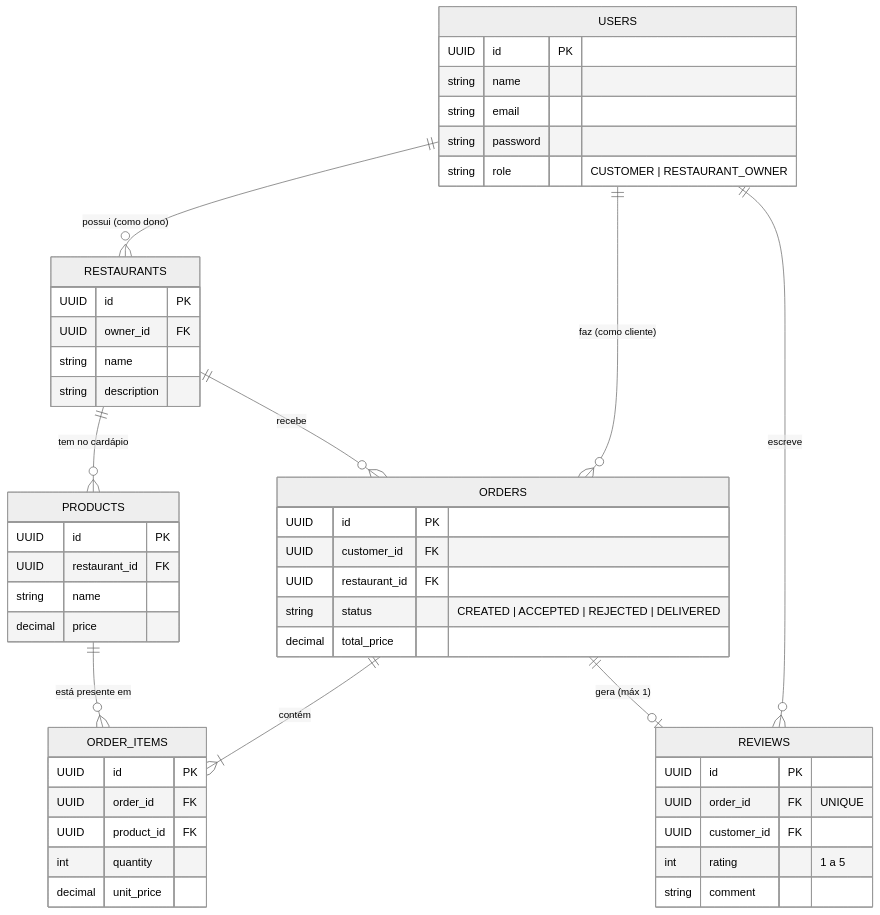
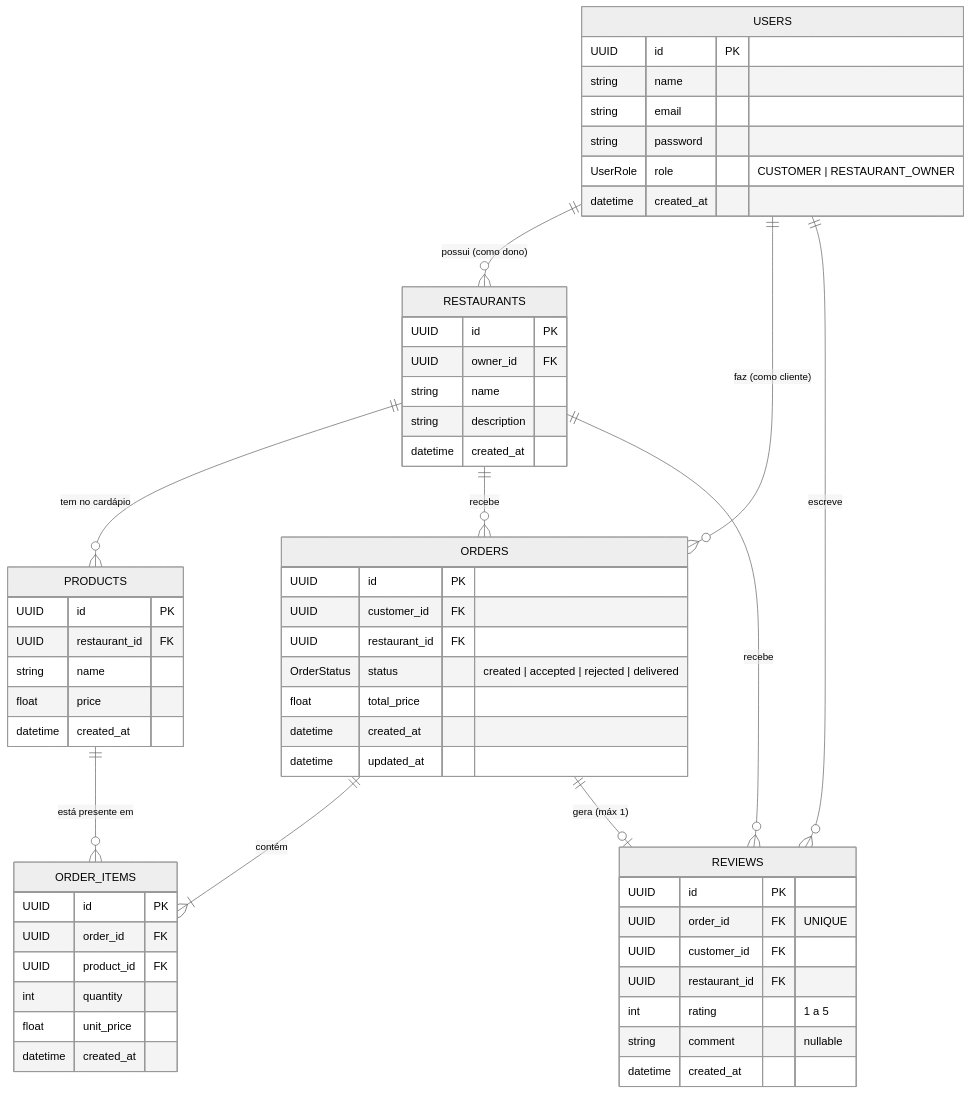
One commit to uallace-macedo/dev-playbook changed the diagram in .docs/domain-models.md. Above: the diagram before and after it, drawn with Mermaid (neutral theme). The commit also changed other lines of this file, not shown here.

Commit message:
docs(models): update models view

````diff
--- a/.docs/domain-models.md
+++ b/.docs/domain-models.md
@@ -1,60 +3,69 @@
 ```mermaid
 erDiagram
   USERS ||--o{ RESTAURANTS : "possui (como dono)"
   USERS ||--o{ ORDERS : "faz (como cliente)"
   USERS ||--o{ REVIEWS : "escreve"
   
   RESTAURANTS ||--o{ PRODUCTS : "tem no cardápio"
   RESTAURANTS ||--o{ ORDERS : "recebe"
+  RESTAURANTS ||--o{ REVIEWS : "recebe"
   
   ORDERS ||--|{ ORDER_ITEMS : "contém"
   PRODUCTS ||--o{ ORDER_ITEMS : "está presente em"
   
   ORDERS ||--o| REVIEWS : "gera (máx 1)"
 
   USERS {
     UUID id PK
     string name
     string email
     string password
-    string role "CUSTOMER | RESTAURANT_OWNER"
+    UserRole role "CUSTOMER | RESTAURANT_OWNER"
+    datetime created_at
   }
 
   RESTAURANTS {
     UUID id PK
     UUID owner_id FK
     string name
     string description
+    datetime created_at
   }
 
   PRODUCTS {
     UUID id PK
     UUID restaurant_id FK
     string name
-    decimal price
+    float price
+    datetime created_at
   }
 
   ORDERS {
     UUID id PK
     UUID customer_id FK
     UUID restaurant_id FK
-    string status "CREATED | ACCEPTED | REJECTED | DELIVERED"
-    decimal total_price
+    OrderStatus status "created | accepted | rejected | delivered"
+    float total_price
+    datetime created_at
+    datetime updated_at
   }
 
   ORDER_ITEMS {
     UUID id PK
     UUID order_id FK
     UUID product_id FK
     int quantity
-    decimal unit_price
+    float unit_price
+    datetime created_at
   }
 
   REVIEWS {
     UUID id PK
     UUID order_id FK "UNIQUE"
     UUID customer_id FK
+    UUID restaurant_id FK
     int rating "1 a 5"
-    string comment
+    string comment "nullable"
+    datetime created_at
   }
 ```
````
